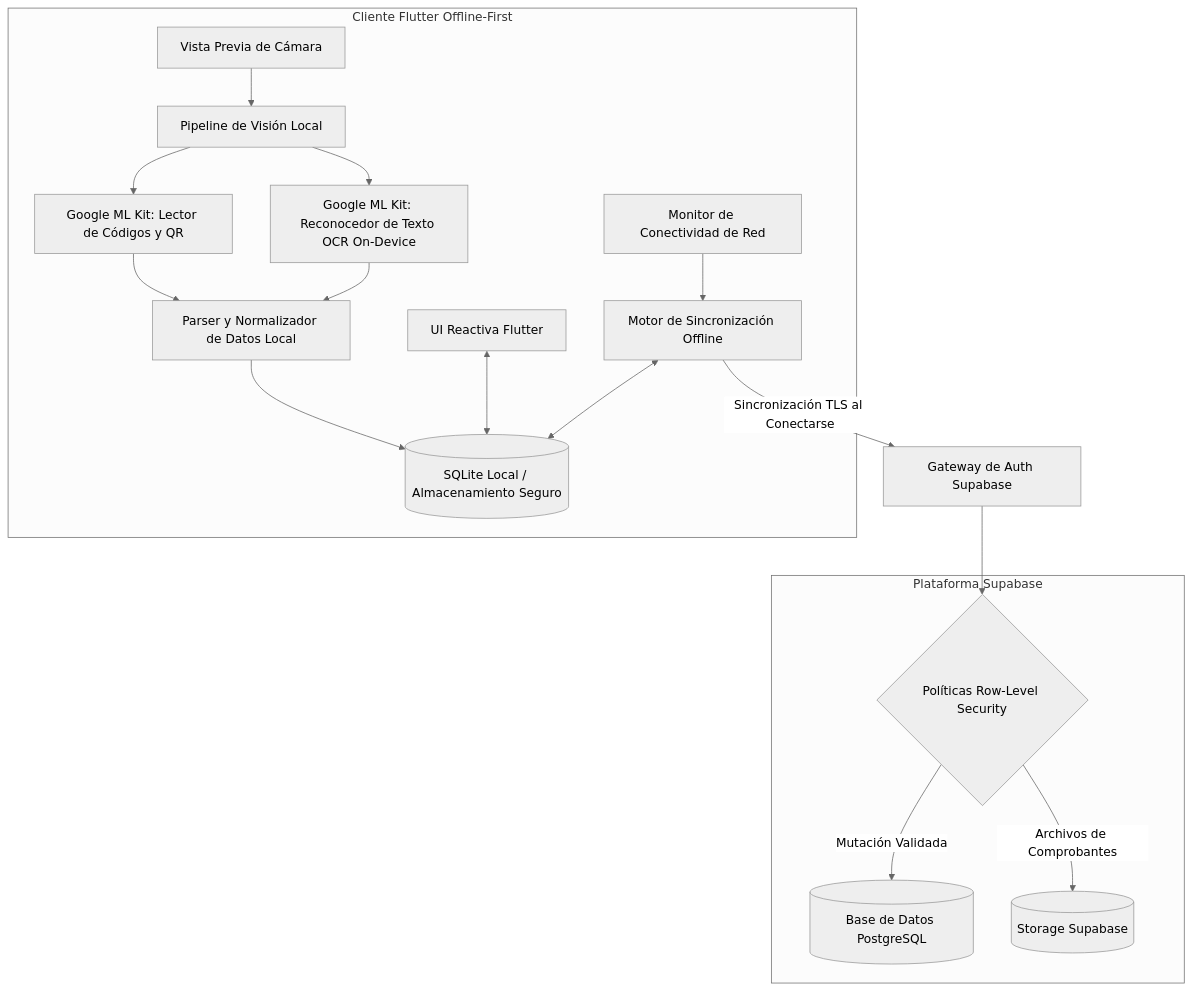
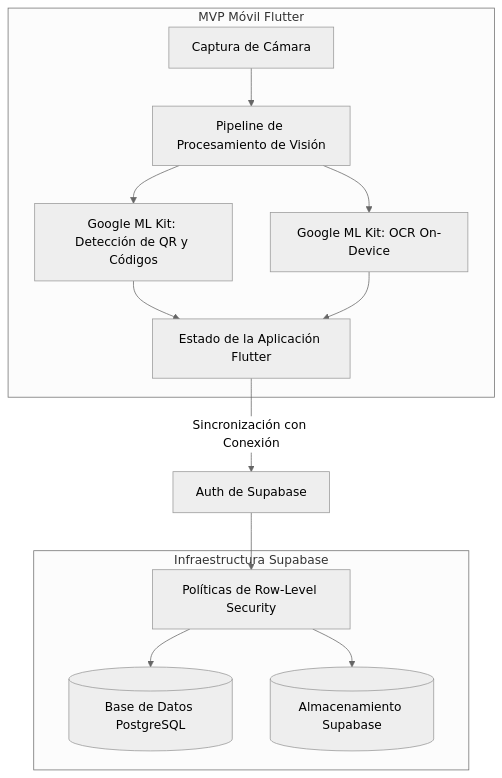
The diagram in case-studies/umi.es.md (qproyect/qproject-showcase), drawn with Mermaid (neutral theme) before and after one commit. The commit also changed other lines of this file and 8 other files, not shown here.

````diff
--- a/case-studies/umi.es.md
+++ b/case-studies/umi.es.md
@@ -24,25 +23,19 @@
 ```mermaid
 graph TD
-    subgraph Mobile Device [Cliente Flutter Offline-First]
-        CameraStream[Vista Previa de Cámara] --> VisionPipeline[Pipeline de Visión Local]
-        VisionPipeline --> MLKitQR[Google ML Kit: Lector de Códigos y QR]
-        VisionPipeline --> MLKitOCR[Google ML Kit: Reconocedor de Texto OCR On-Device]
+    subgraph Mobile Client [MVP Móvil Flutter]
+        Camera[Captura de Cámara] --> VisionEngine[Pipeline de Procesamiento de Visión]
+        VisionEngine --> MLKitQR[Google ML Kit: Detección de QR y Códigos]
+        VisionEngine --> MLKitOCR[Google ML Kit: OCR On-Device]
 
-        MLKitQR --> Parser[Parser y Normalizador de Datos Local]
-        MLKitOCR --> Parser
-
-        Parser --> LocalDB[(SQLite Local / Almacenamiento Seguro)]
-        UI[UI Reactiva Flutter] <--> LocalDB
-
-        SyncManager[Motor de Sincronización Offline] <--> LocalDB
-        NetworkMonitor[Monitor de Conectividad de Red] --> SyncManager
+        MLKitQR --> LocalApp[Estado de la Aplicación Flutter]
+        MLKitOCR --> LocalApp
     end
 
-    SyncManager -->|Sincronización TLS al Conectarse| SupabaseAuth[Gateway de Auth Supabase]
-    SupabaseAuth --> RLSGate{Políticas Row-Level Security}
+    LocalApp -->|Sincronización con Conexión| SupabaseAuth[Auth de Supabase]
+    SupabaseAuth --> RLS[Políticas de Row-Level Security]
 
-    subgraph Cloud Infrastructure [Plataforma Supabase]
-        RLSGate -->|Mutación Validada| CloudDB[(Base de Datos PostgreSQL)]
-        RLSGate -->|Archivos de Comprobantes| CloudStorage[(Storage Supabase)]
+    subgraph Backend Cloud [Infraestructura Supabase]
+        RLS --> Database[(Base de Datos PostgreSQL)]
+        RLS --> Storage[(Almacenamiento Supabase)]
     end
 ```
````
